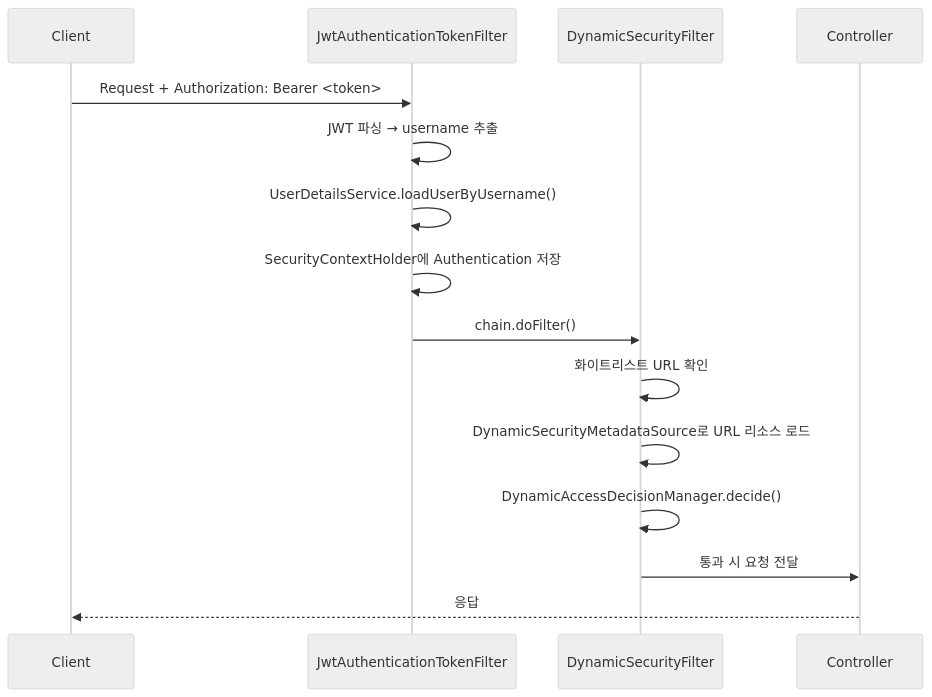
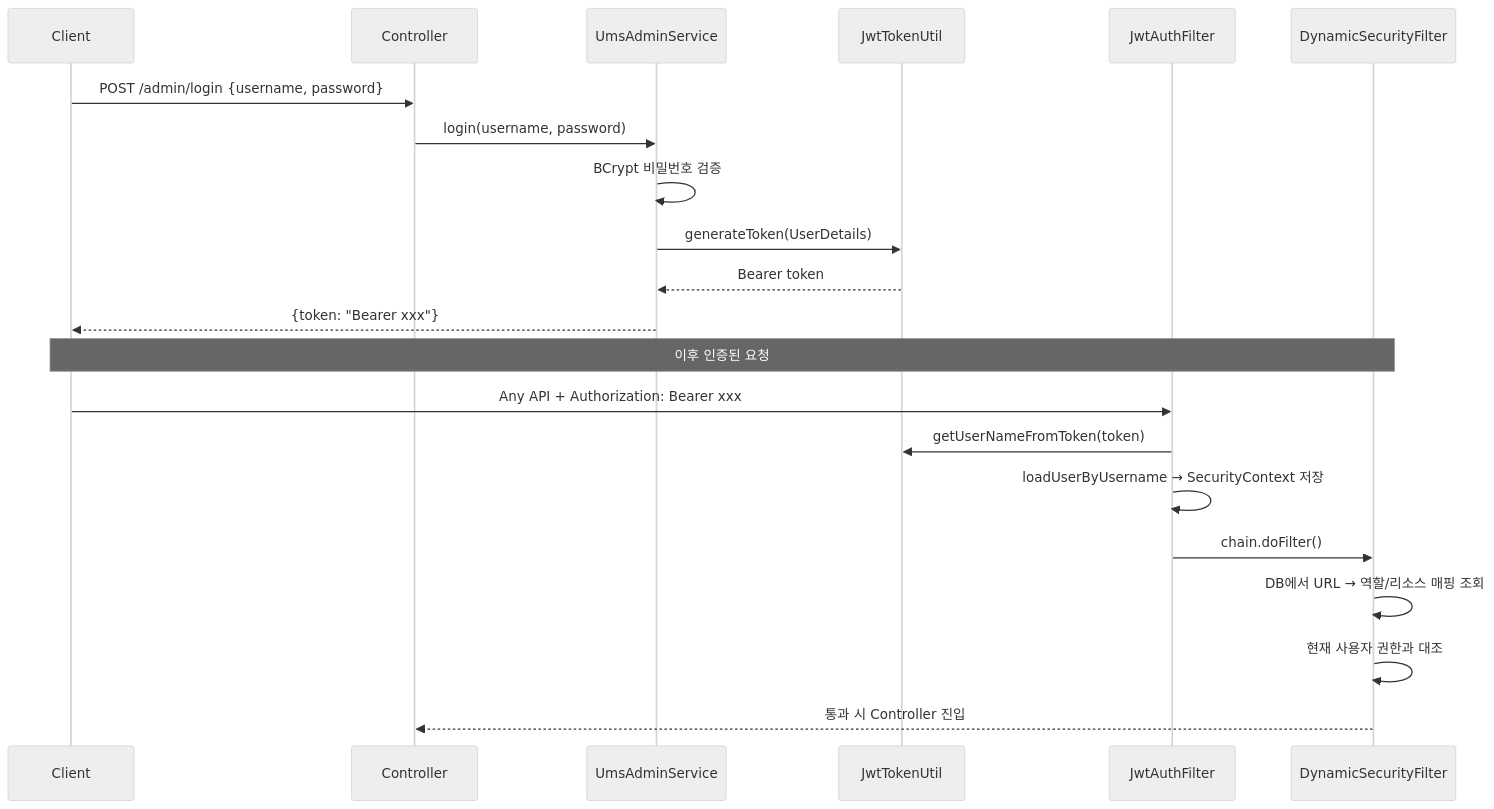
The third of 4 diagrams in mall/codebase.md (HojinJava/wyhil), drawn with Mermaid (neutral theme) before and after one commit. The commit also changed other lines of this file, not shown here.

````diff
--- a/mall/codebase.md
+++ b/mall/codebase.md
@@ -169,18 +197,25 @@
 ```mermaid
 sequenceDiagram
     participant C as Client
-    participant JF as JwtAuthenticationTokenFilter
+    participant Ctrl as Controller
+    participant Svc as UmsAdminService
+    participant JWT as JwtTokenUtil
+    participant Filter as JwtAuthFilter
     participant DS as DynamicSecurityFilter
-    participant API as Controller
 
-    C->>JF: Request + Authorization: Bearer <token>
-    JF->>JF: JWT 파싱 → username 추출
-    JF->>JF: UserDetailsService.loadUserByUsername()
-    JF->>JF: SecurityContextHolder에 Authentication 저장
-    JF->>DS: chain.doFilter()
-    DS->>DS: 화이트리스트 URL 확인
-    DS->>DS: DynamicSecurityMetadataSource로 URL 리소스 로드
-    DS->>DS: DynamicAccessDecisionManager.decide()
-    DS->>API: 통과 시 요청 전달
-    API-->>C: 응답
+    C->>Ctrl: POST /admin/login {username, password}
+    Ctrl->>Svc: login(username, password)
+    Svc->>Svc: BCrypt 비밀번호 검증
+    Svc->>JWT: generateToken(UserDetails)
+    JWT-->>Svc: Bearer token
+    Svc-->>C: {token: "Bearer xxx"}
+
+    Note over C,DS: 이후 인증된 요청
+    C->>Filter: Any API + Authorization: Bearer xxx
+    Filter->>JWT: getUserNameFromToken(token)
+    Filter->>Filter: loadUserByUsername → SecurityContext 저장
+    Filter->>DS: chain.doFilter()
+    DS->>DS: DB에서 URL → 역할/리소스 매핑 조회
+    DS->>DS: 현재 사용자 권한과 대조
+    DS-->>Ctrl: 통과 시 Controller 진입
 ```
````
